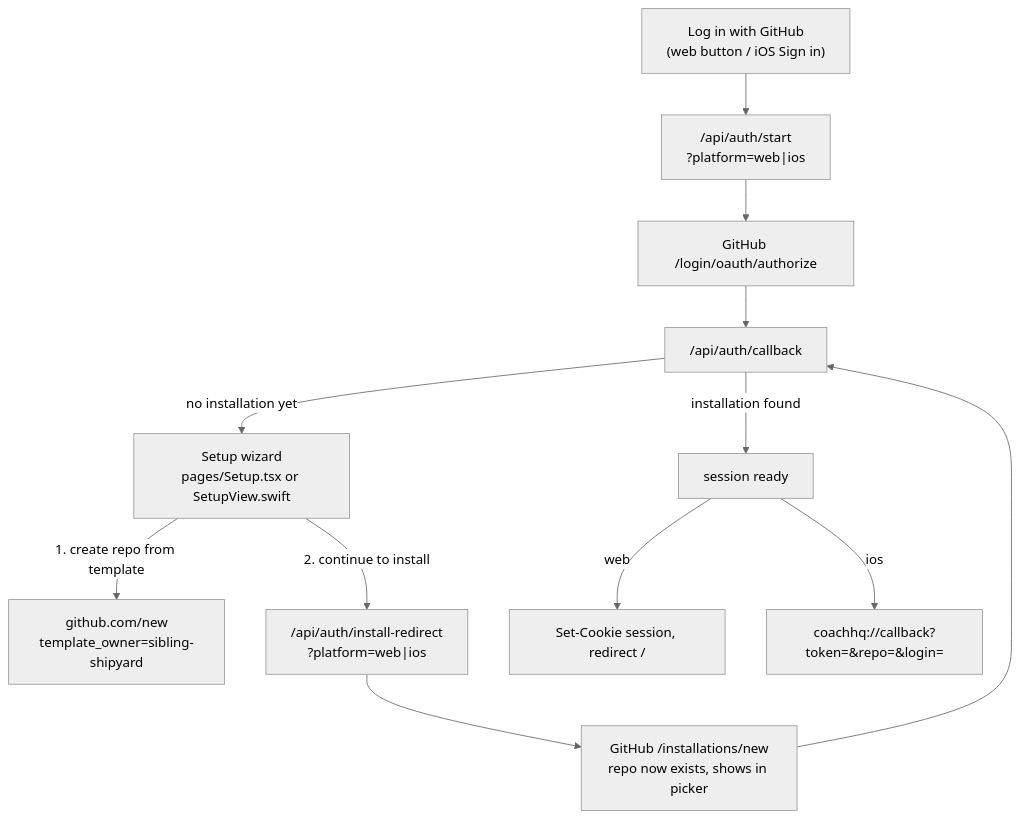
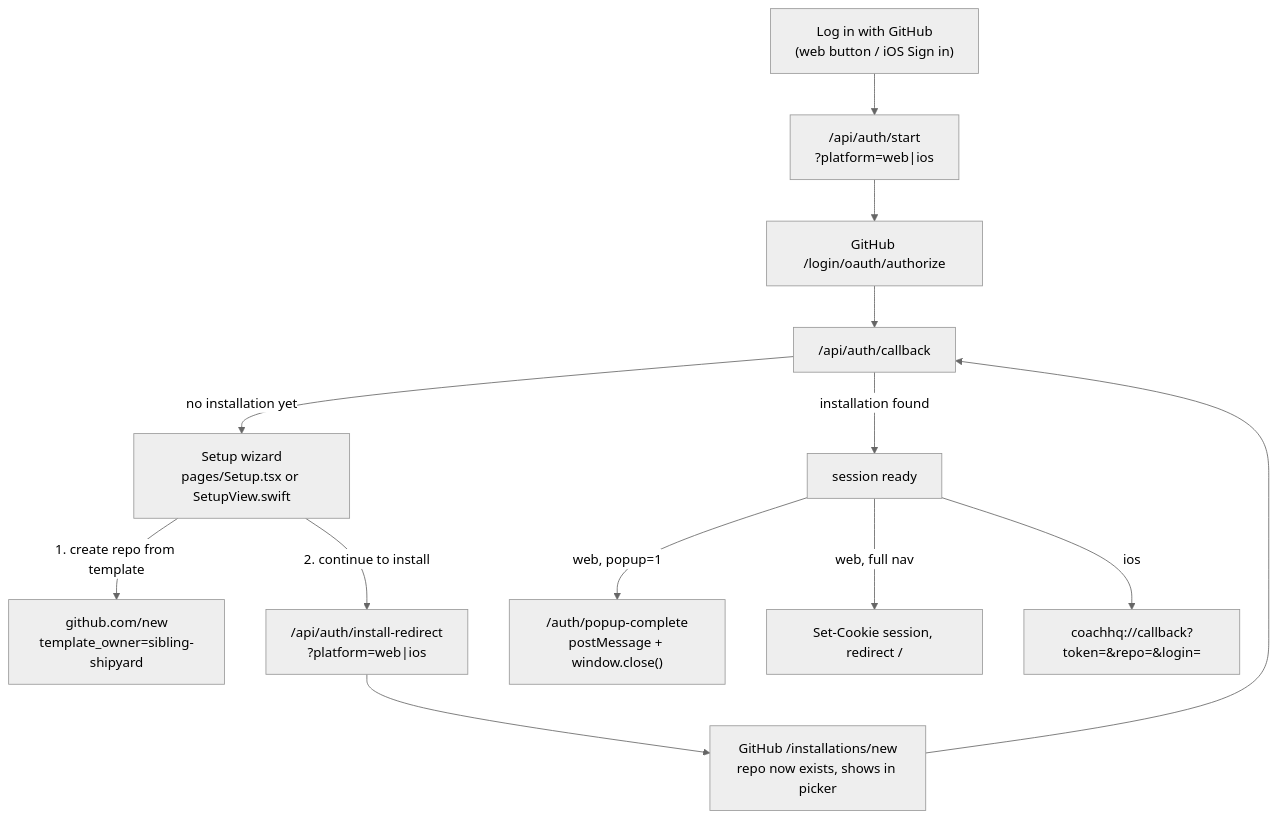
Before and after one commit to sibling-shipyard/coach-hq: the first of 2 diagrams in docs/eng-docs/github-auth.md, drawn with Mermaid (neutral theme). The commit also changed other lines of this file and 1 other file, not shown here.

First line of the commit message:
docs: update github-auth and coach-chat-flow for the popup auth + pick-up-thread work

````diff
--- a/docs/eng-docs/github-auth.md
+++ b/docs/eng-docs/github-auth.md
@@ -37,14 +42,15 @@
 ```mermaid
 flowchart TD
     btn["Log in with GitHub<br/>(web button / iOS Sign in)"] --> start["/api/auth/start<br/>?platform=web|ios"]
     start --> authorize["GitHub /login/oauth/authorize"]
     authorize --> cb["/api/auth/callback"]
     cb -->|"installation found"| done["session ready"]
     cb -->|"no installation yet"| setup["Setup wizard<br/>pages/Setup.tsx or SetupView.swift"]
     setup -->|"1. create repo from template"| gen["github.com/new<br/>template_owner=sibling-shipyard"]
     setup -->|"2. continue to install"| installredirect["/api/auth/install-redirect<br/>?platform=web|ios"]
     installredirect --> installpage["GitHub /installations/new<br/>repo now exists, shows in picker"]
     installpage --> cb
-    done -->|"web"| webdone["Set-Cookie session, redirect /"]
+    done -->|"web, popup=1"| popupdone["/auth/popup-complete<br/>postMessage + window.close()"]
+    done -->|"web, full nav"| webdone["Set-Cookie session, redirect /"]
     done -->|"ios"| iosdone["coachhq://callback?token=&repo=&login="]
 ```
````
